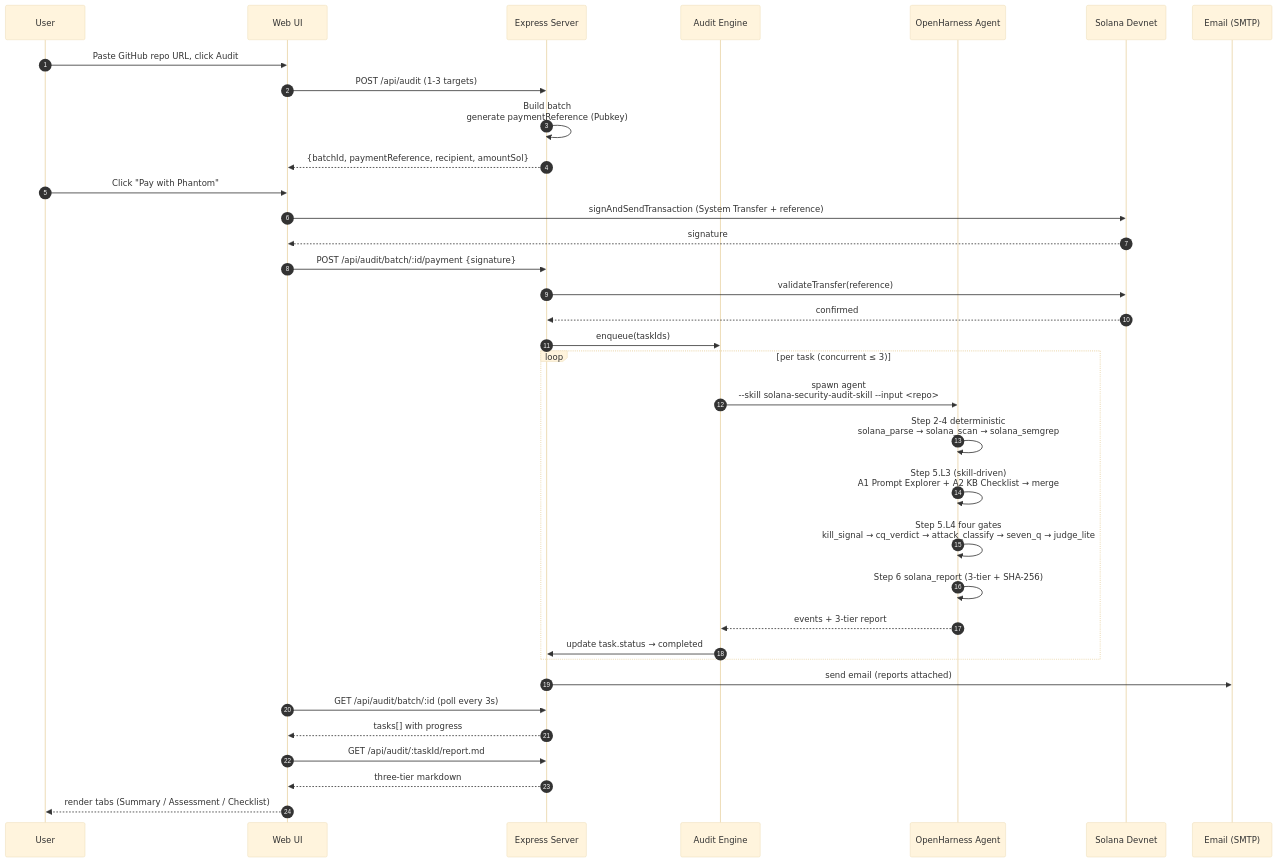
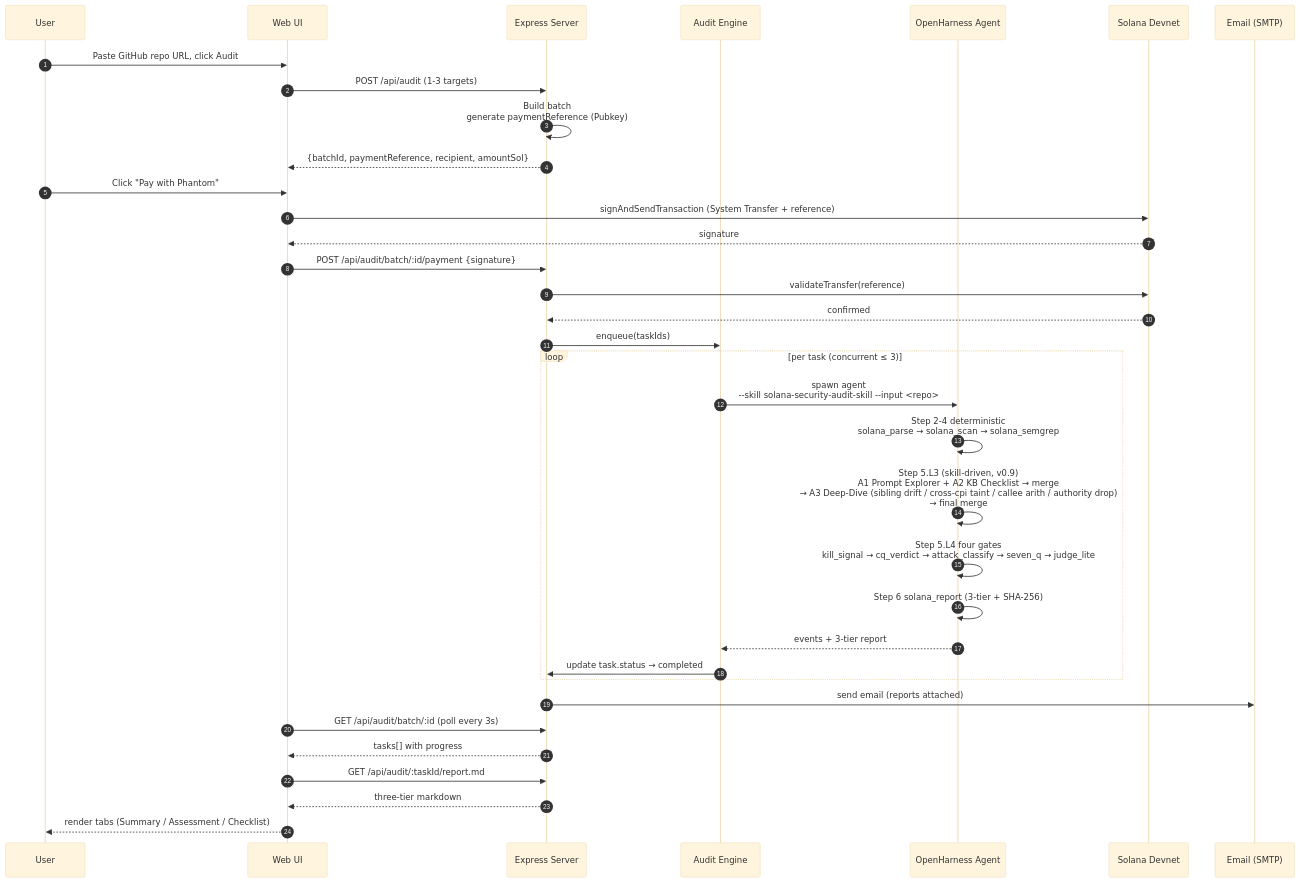
Before and after one commit to Keybird0/SolGuard: the second of 2 diagrams in docs/ARCHITECTURE.md, drawn with Mermaid (base theme). The commit also changed other lines of this file and 2 other files, not shown here.

````diff
--- a/docs/ARCHITECTURE.md
+++ b/docs/ARCHITECTURE.md
@@ -74,40 +80,40 @@
 ```mermaid
 sequenceDiagram
     autonumber
     participant U as User
     participant UI as Web UI
     participant S as Express Server
     participant E as Audit Engine
     participant A as OpenHarness Agent
     participant C as Solana Devnet
     participant M as Email (SMTP)
 
     U->>UI: Paste GitHub repo URL, click Audit
     UI->>S: POST /api/audit (1-3 targets)
     S->>S: Build batch<br/>generate paymentReference (Pubkey)
     S-->>UI: {batchId, paymentReference, recipient, amountSol}
     U->>UI: Click "Pay with Phantom"
     UI->>C: signAndSendTransaction (System Transfer + reference)
     C-->>UI: signature
     UI->>S: POST /api/audit/batch/:id/payment {signature}
     S->>C: validateTransfer(reference)
     C-->>S: confirmed
     S->>E: enqueue(taskIds)
 
     loop per task (concurrent ≤ 3)
         E->>A: spawn agent<br/>--skill solana-security-audit-skill --input <repo>
         A->>A: Step 2-4 deterministic<br/>solana_parse → solana_scan → solana_semgrep
-        A->>A: Step 5.L3 (skill-driven)<br/>A1 Prompt Explorer + A2 KB Checklist → merge
+        A->>A: Step 5.L3 (skill-driven, v0.9)<br/>A1 Prompt Explorer + A2 KB Checklist → merge<br/>→ A3 Deep-Dive (sibling drift / cross-cpi taint / callee arith / authority drop)<br/>→ final merge
         A->>A: Step 5.L4 four gates<br/>kill_signal → cq_verdict → attack_classify → seven_q → judge_lite
         A->>A: Step 6 solana_report (3-tier + SHA-256)
         A-->>E: events + 3-tier report
         E->>S: update task.status → completed
     end
 
     S->>M: send email (reports attached)
     UI->>S: GET /api/audit/batch/:id (poll every 3s)
     S-->>UI: tasks[] with progress
     UI->>S: GET /api/audit/:taskId/report.md
     S-->>UI: three-tier markdown
     UI-->>U: render tabs (Summary / Assessment / Checklist)
 ```
````
